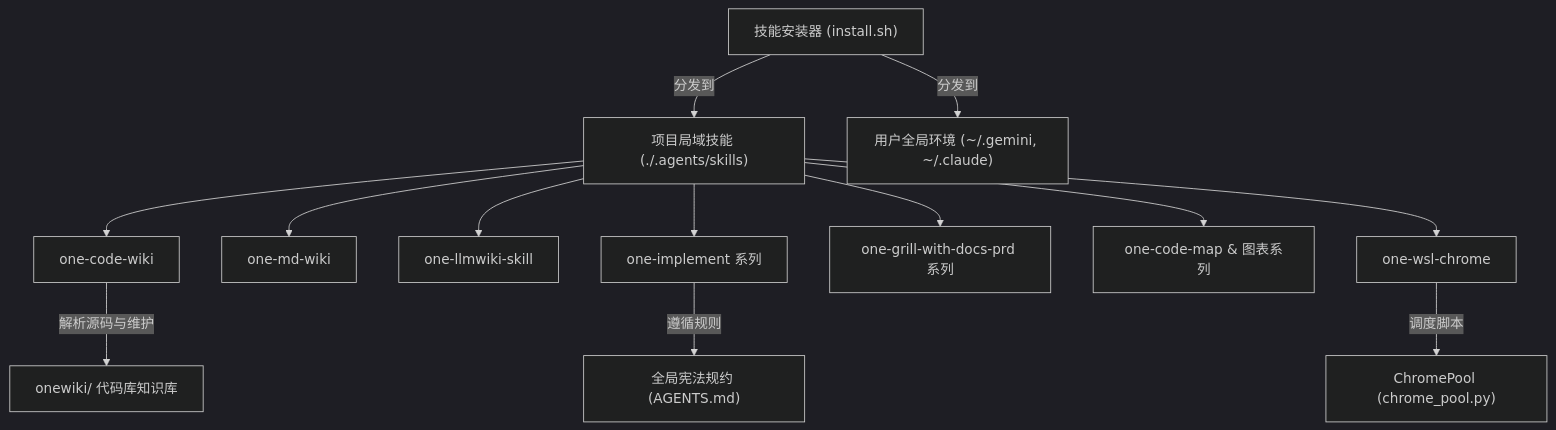
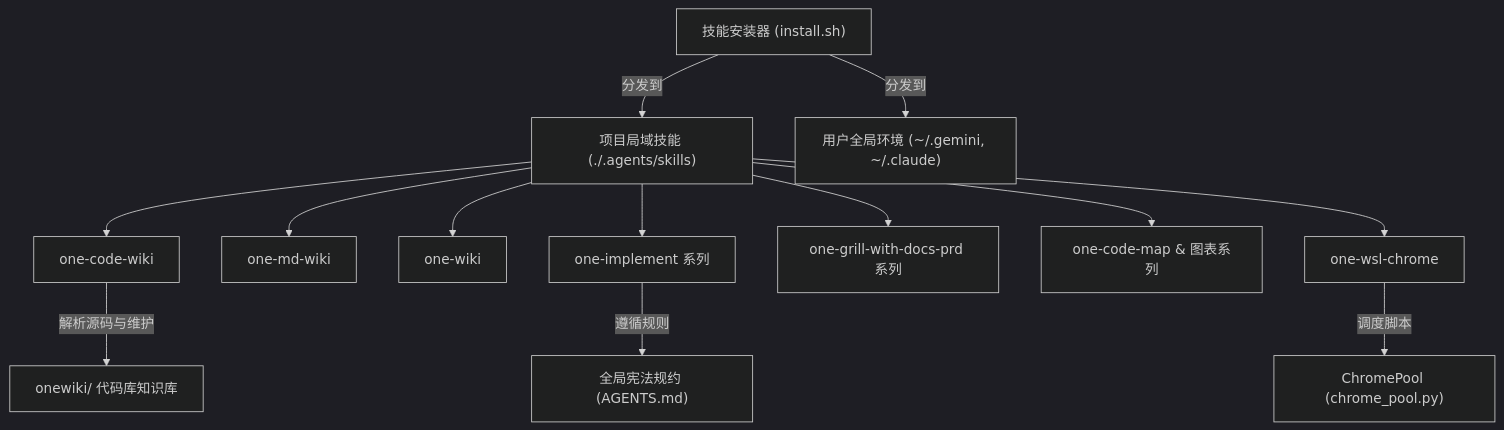
The diagram in onewiki/index.md (wupengbo125/one-skills), drawn with Mermaid (dark theme) before and after one commit. The commit also changed other lines of this file and 22 other files, not shown here.

First line of the commit message:
refactor(skill): 合并 llmwiki-skill 到 one-wiki，重命名 code-wiki-cn 和 md-wiki-cn

````diff
--- a/onewiki/index.md
+++ b/onewiki/index.md
@@ -34,17 +34,17 @@
 ```mermaid
 flowchart TD
     Installer["技能安装器 (install.sh)"] -->|分发到| AgentsDir["项目局域技能 (./.agents/skills)"]
     Installer -->|分发到| UserGlobal["用户全局环境 (~/.gemini, ~/.claude)"]
     
     AgentsDir --> CodeWiki["one-code-wiki"]
     AgentsDir --> MDWiki["one-md-wiki"]
-    AgentsDir --> LLMWiki["one-llmwiki-skill"]
+    AgentsDir --> LLMWiki["one-wiki"]
     AgentsDir --> Impl["one-implement 系列"]
     AgentsDir --> Grill["one-grill-with-docs-prd 系列"]
     AgentsDir --> Vis["one-code-map & 图表系列"]
     AgentsDir --> Chrome["one-wsl-chrome"]
     
     CodeWiki -->|解析源码与维护| OneWikiDir["onewiki/ 代码库知识库"]
     Impl -->|遵循规则| Rules["全局宪法规约 (AGENTS.md)"]
     Chrome -->|调度脚本| ChromePool["ChromePool (chrome_pool.py)"]
 ```
````
